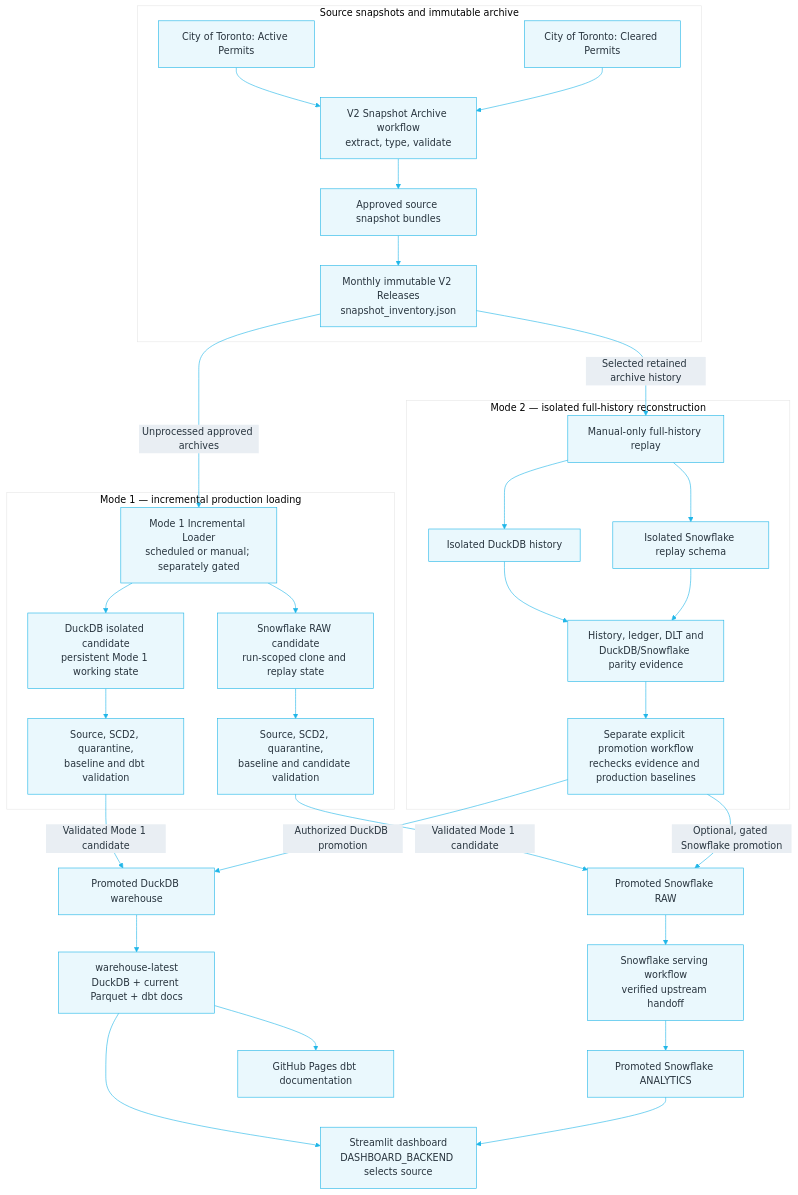
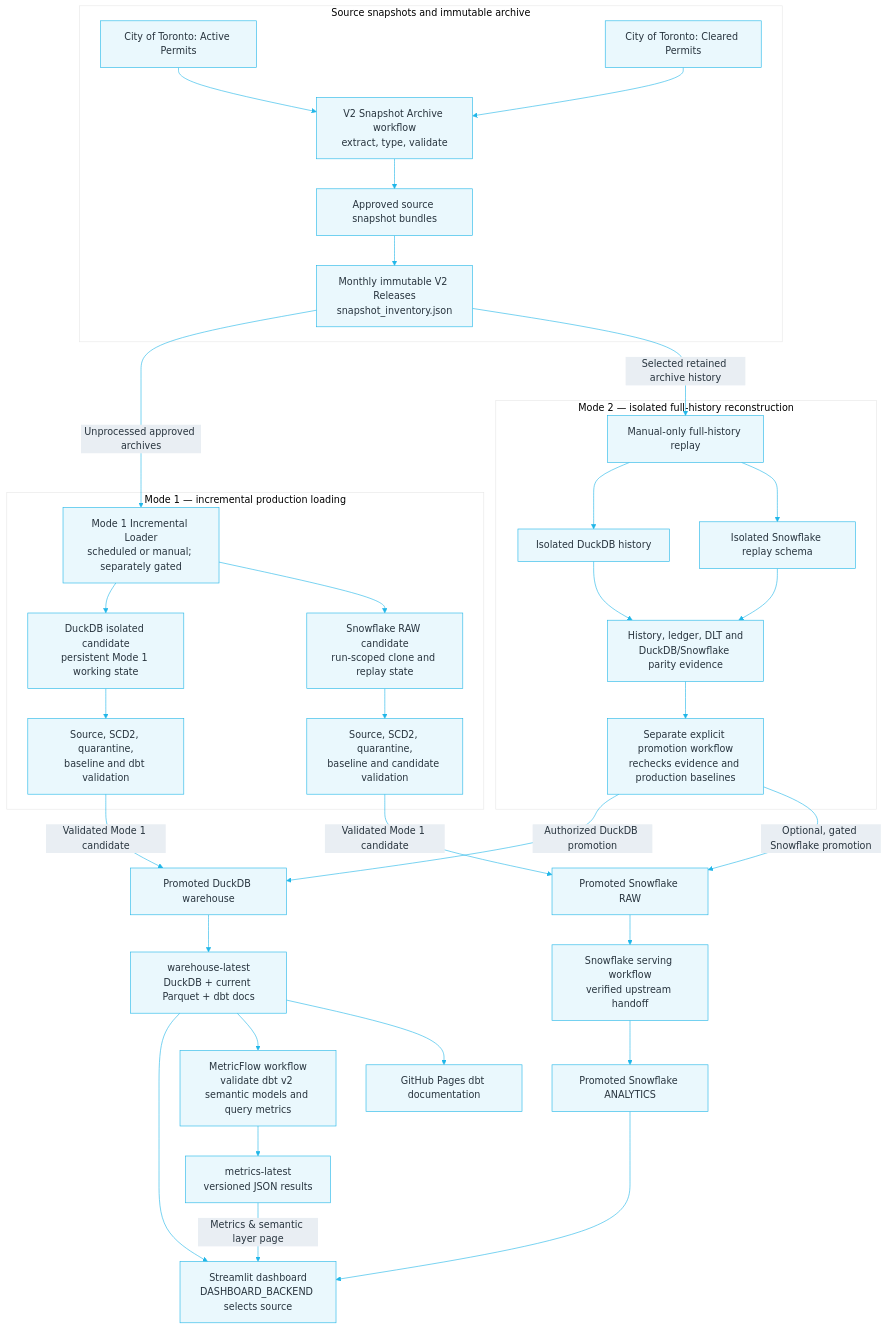
One commit to gagadanalyst/toronto-housing-bottleneck-analytics changed the first of 2 diagrams in README.md. Above: the diagram before and after it, drawn with Mermaid. The commit also changed other lines of this file and 1 other file, not shown here.

Commit message:
docs: document MetricFlow semantic metrics

````diff
--- a/README.md
+++ b/README.md
@@ -41,53 +42,57 @@
 ```mermaid
 %%{init: {"theme":"base","themeVariables":{"primaryColor":"#EAF8FD","primaryTextColor":"#28343E","primaryBorderColor":"#21B6E8","lineColor":"#21B6E8","secondaryColor":"#E9EEF3","tertiaryColor":"#FFFFFF","fontFamily":"Arial, sans-serif"}}}%%
 flowchart TB
     subgraph INPUTS["Source snapshots and immutable archive"]
         A["City of Toronto: Active Permits"]
         C["City of Toronto: Cleared Permits"]
         E["V2 Snapshot Archive workflow<br/>extract, type, validate"]
         B["Approved source snapshot bundles"]
         R["Monthly immutable V2 Releases<br/>snapshot_inventory.json"]
         A --> E
         C --> E
         E --> B --> R
     end
 
     subgraph MODE1["Mode 1 — incremental production loading"]
         M1["Mode 1 Incremental Loader<br/>scheduled or manual; separately gated"]
         M1D["DuckDB isolated candidate<br/>persistent Mode 1 working state"]
         M1S["Snowflake RAW candidate<br/>run-scoped clone and replay state"]
         VD["Source, SCD2, quarantine,<br/>baseline and dbt validation"]
         VS["Source, SCD2, quarantine,<br/>baseline and candidate validation"]
         M1 --> M1D --> VD
         M1 --> M1S --> VS
     end
 
     subgraph MODE2["Mode 2 — isolated full-history reconstruction"]
         M2["Manual-only full-history replay"]
         M2D["Isolated DuckDB history"]
         M2S["Isolated Snowflake replay schema"]
         PAR["History, ledger, DLT and<br/>DuckDB/Snowflake parity evidence"]
         AUTH["Separate explicit promotion workflow<br/>rechecks evidence and production baselines"]
         M2 --> M2D --> PAR
         M2 --> M2S --> PAR
         PAR --> AUTH
     end
 
     R -->|"Unprocessed approved archives"| M1
     R -->|"Selected retained archive history"| M2
 
     DPROD["Promoted DuckDB warehouse"]
     RAW["Promoted Snowflake RAW"]
     VD -->|"Validated Mode 1 candidate"| DPROD
     VS -->|"Validated Mode 1 candidate"| RAW
     AUTH -->|"Authorized DuckDB promotion"| DPROD
     AUTH -->|"Optional, gated Snowflake promotion"| RAW
 
     PUB["warehouse-latest<br/>DuckDB + current Parquet + dbt docs"]
     RAW --> SERVE["Snowflake serving workflow<br/>verified upstream handoff"]
     SERVE --> ANALYTICS["Promoted Snowflake ANALYTICS"]
     DPROD --> PUB
     PUB --> APP["Streamlit dashboard<br/>DASHBOARD_BACKEND selects source"]
     ANALYTICS --> APP
+    MF["MetricFlow workflow<br/>validate dbt v2 semantic models and query metrics"]
+    MFR["metrics-latest<br/>versioned JSON results"]
+    PUB --> MF --> MFR
+    MFR -->|"Metrics & semantic layer page"| APP
     PUB --> PAGES["GitHub Pages dbt documentation"]
 ```
````
